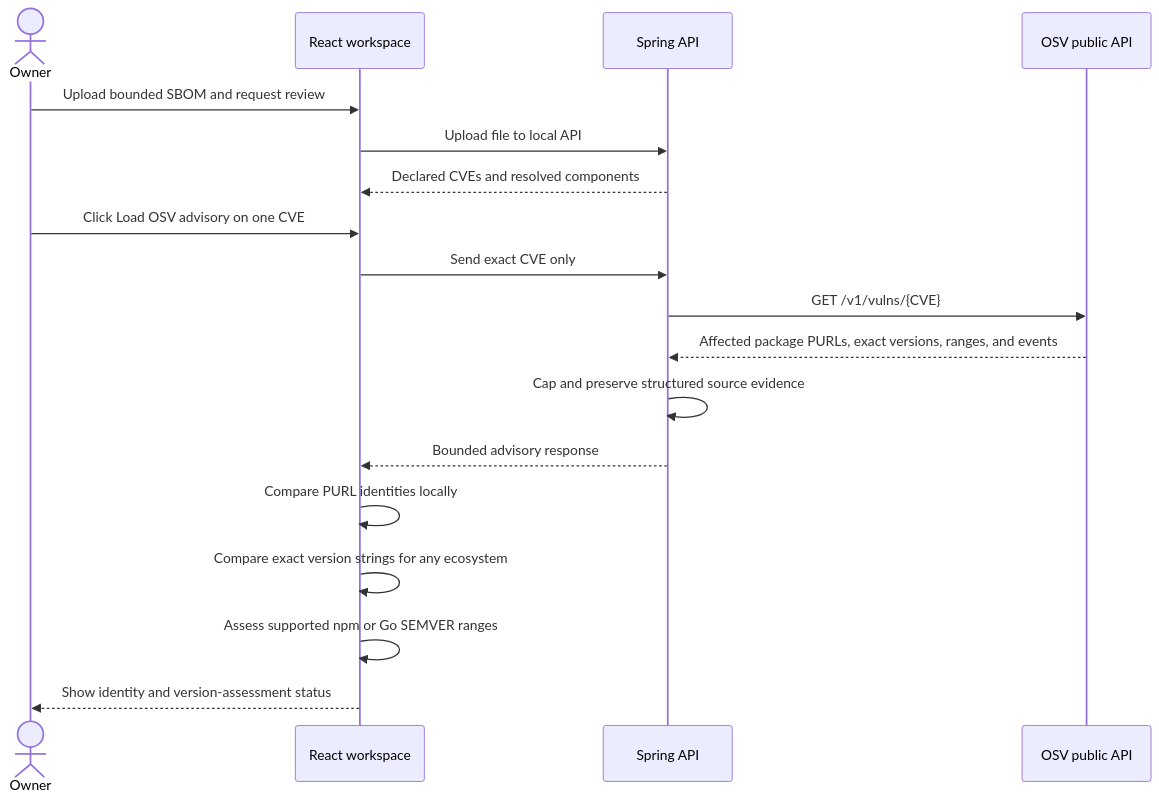
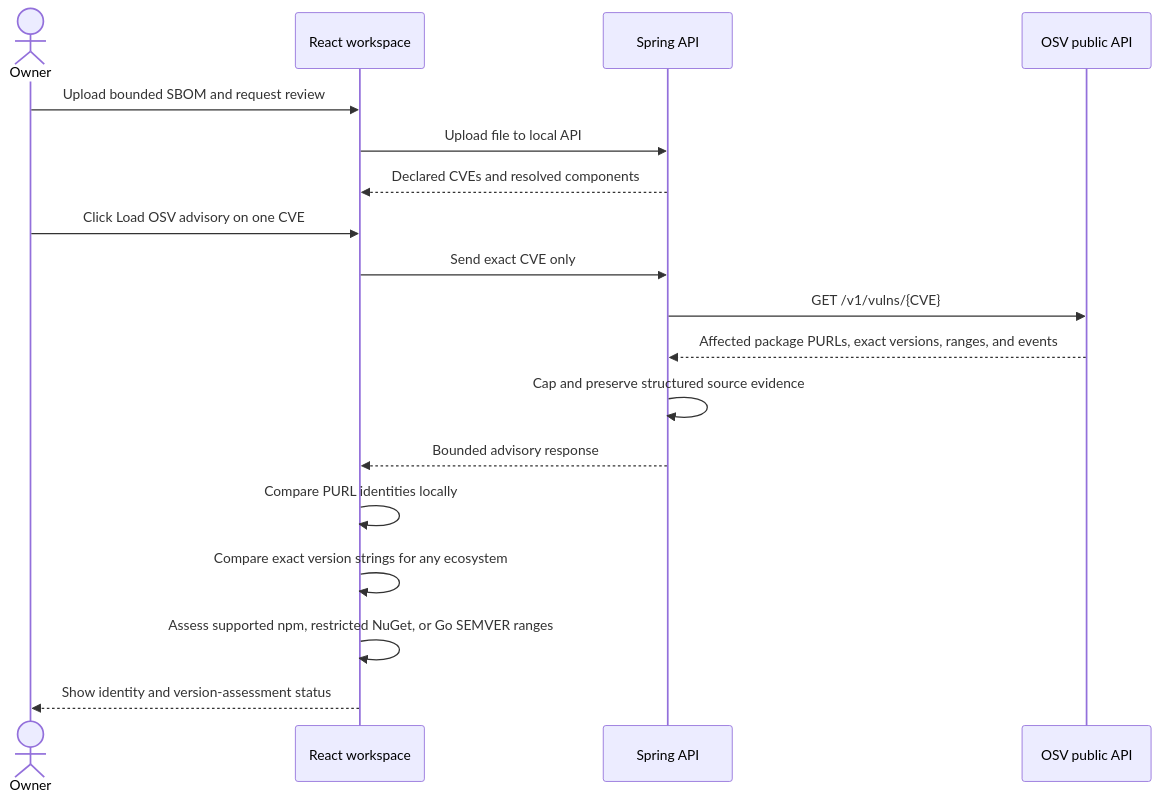
One commit to kavinash0310/aura-ai changed the diagram in docs/05-backend/SBOM-ADVISORY-CORRELATION.md. Above: the diagram before and after it, drawn with Mermaid. The commit also changed other lines of this file and 15 other files, not shown here.

First line of the commit message:
Add restricted NuGet advisory version assessment

````diff
--- a/docs/05-backend/SBOM-ADVISORY-CORRELATION.md
+++ b/docs/05-backend/SBOM-ADVISORY-CORRELATION.md
@@ -9,21 +9,21 @@
 ```mermaid
 sequenceDiagram
     actor Owner
     participant UI as React workspace
     participant API as Spring API
     participant OSV as OSV public API
 
     Owner->>UI: Upload bounded SBOM and request review
     UI->>API: Upload file to local API
     API-->>UI: Declared CVEs and resolved components
     Owner->>UI: Click Load OSV advisory on one CVE
     UI->>API: Send exact CVE only
     API->>OSV: GET /v1/vulns/{CVE}
     OSV-->>API: Affected package PURLs, exact versions, ranges, and events
     API->>API: Cap and preserve structured source evidence
     API-->>UI: Bounded advisory response
     UI->>UI: Compare PURL identities locally
     UI->>UI: Compare exact version strings for any ecosystem
-    UI->>UI: Assess supported npm or Go SEMVER ranges
+    UI->>UI: Assess supported npm, restricted NuGet, or Go SEMVER ranges
     UI-->>Owner: Show identity and version-assessment status
 ```
````
